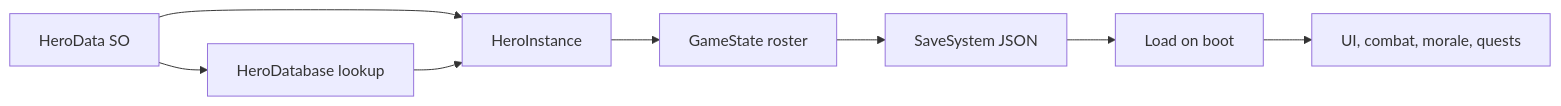
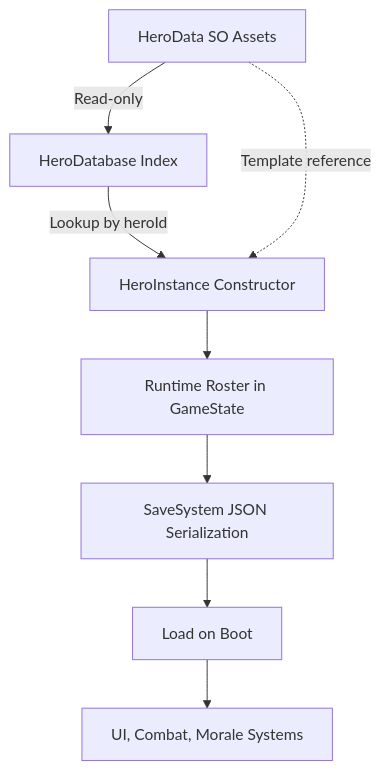
One commit to aymenhayderhtml-pixel/pick-me-up-v3 changed the diagram in Docs/HERO_SYSTEM.md. Above: the diagram before and after it, drawn with Mermaid. The commit also changed other lines of this file and 1 other file, not shown here.

First line of the commit message:
Title: Update HERO_SYSTEM.md documentation with detailed architecture explanation

````diff
--- a/Docs/HERO_SYSTEM.md
+++ b/Docs/HERO_SYSTEM.md
@@ -23,10 +12,10 @@
 ```mermaid
-flowchart LR
-    A[HeroData SO] --> B[HeroInstance]
-    A --> G[HeroDatabase lookup]
-    G --> B
-    B --> C[GameState roster]
-    C --> D[SaveSystem JSON]
-    D --> E[Load on boot]
-    E --> F[UI, combat, morale, quests]
+flowchart TD
+    A[HeroData SO Assets] -->|Read-only| B[HeroDatabase Index]
+    B -->|Lookup by heroId| C[HeroInstance Constructor]
+    C --> D[Runtime Roster in GameState]
+    D --> E[SaveSystem JSON Serialization]
+    E --> F[Load on Boot]
+    F --> G[UI, Combat, Morale Systems]
+    A -.->|Template reference| C
 ```
````
